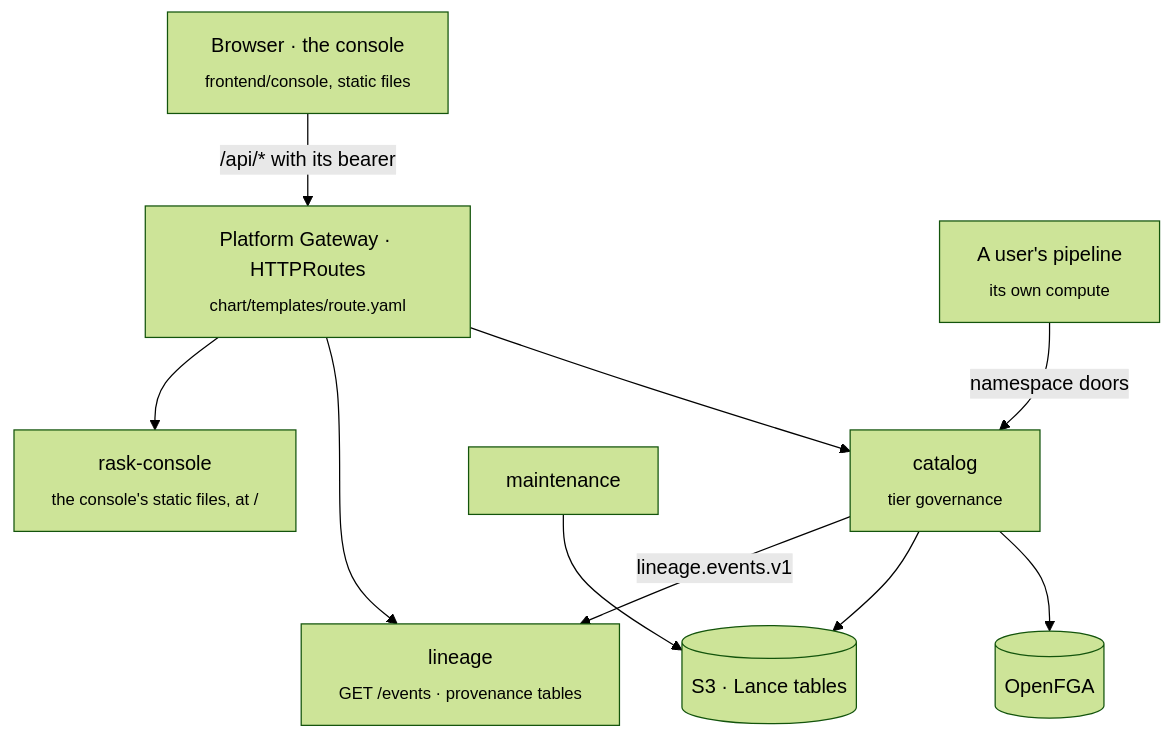
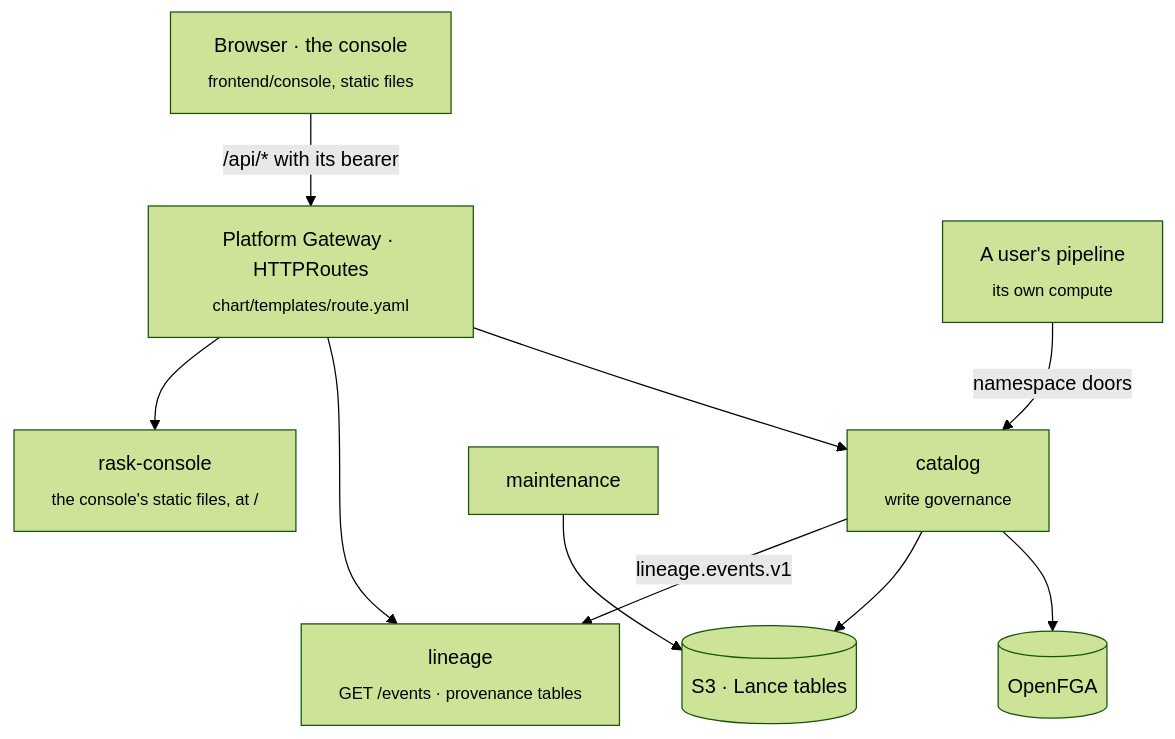
The diagram in docs/architecture/index.md (AI-Riksarkivet/rask), drawn with Mermaid (forest theme) before and after one commit. The commit also changed other lines of this file and 149 other files, not shown here.

````diff
--- a/docs/architecture/index.md
+++ b/docs/architecture/index.md
@@ -29,12 +31,12 @@
 ```mermaid
 flowchart TB
     browser["Browser · the console<br/><sub>frontend/console, static files</sub>"] -->|"/api/* with its bearer"| gw["Platform Gateway · HTTPRoutes<br/><sub>chart/templates/route.yaml</sub>"]
     client["A user's pipeline<br/><sub>its own compute</sub>"] -->|"namespace doors"| cat
-    gw --> cat["catalog<br/><sub>tier governance</sub>"]
+    gw --> cat["catalog<br/><sub>write governance</sub>"]
     gw --> lin["lineage<br/><sub>GET /events · provenance tables</sub>"]
     gw --> web["rask-console<br/><sub>the console's static files, at /</sub>"]
     cat --> fga[("OpenFGA")]
     cat --> s3[("S3 · Lance tables")]
     cat -->|"lineage.events.v1"| lin
     maint["maintenance"] --> s3
 ```
````
